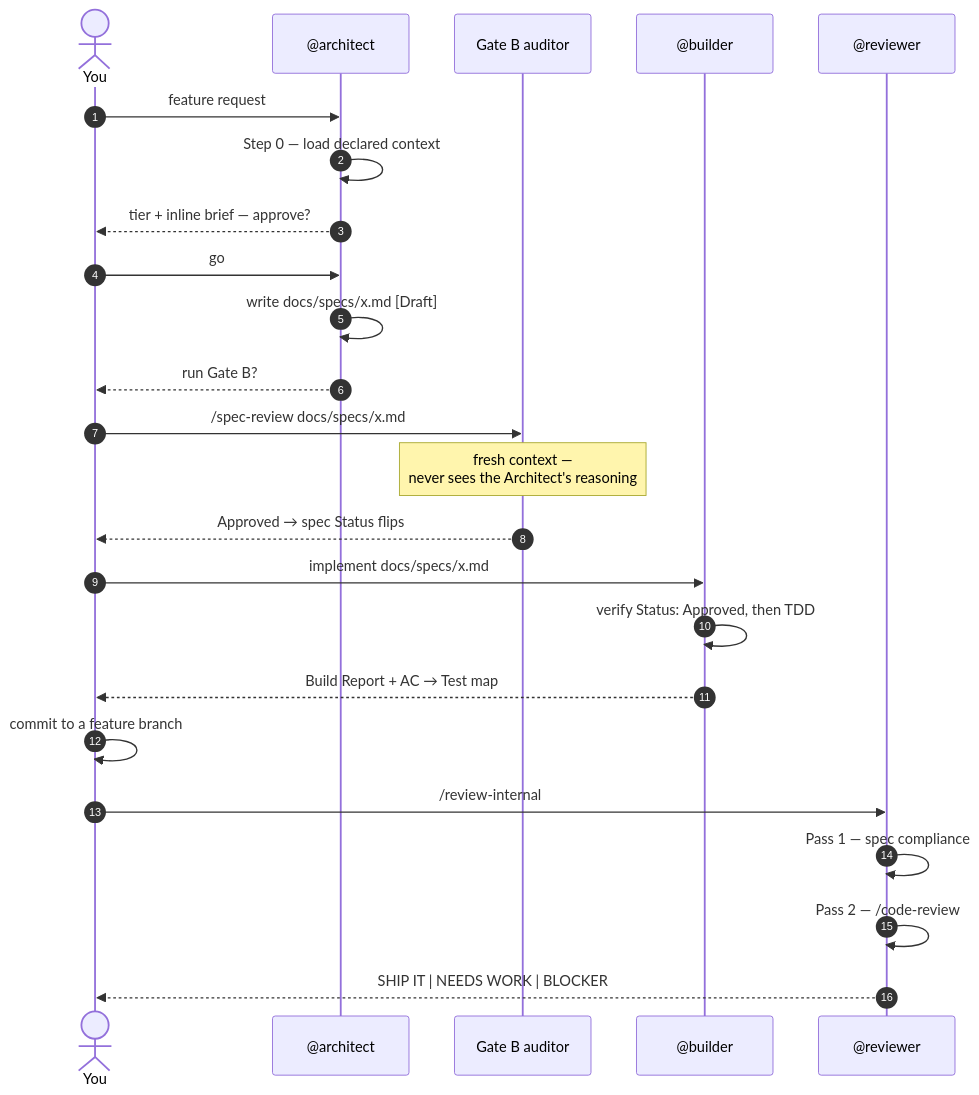
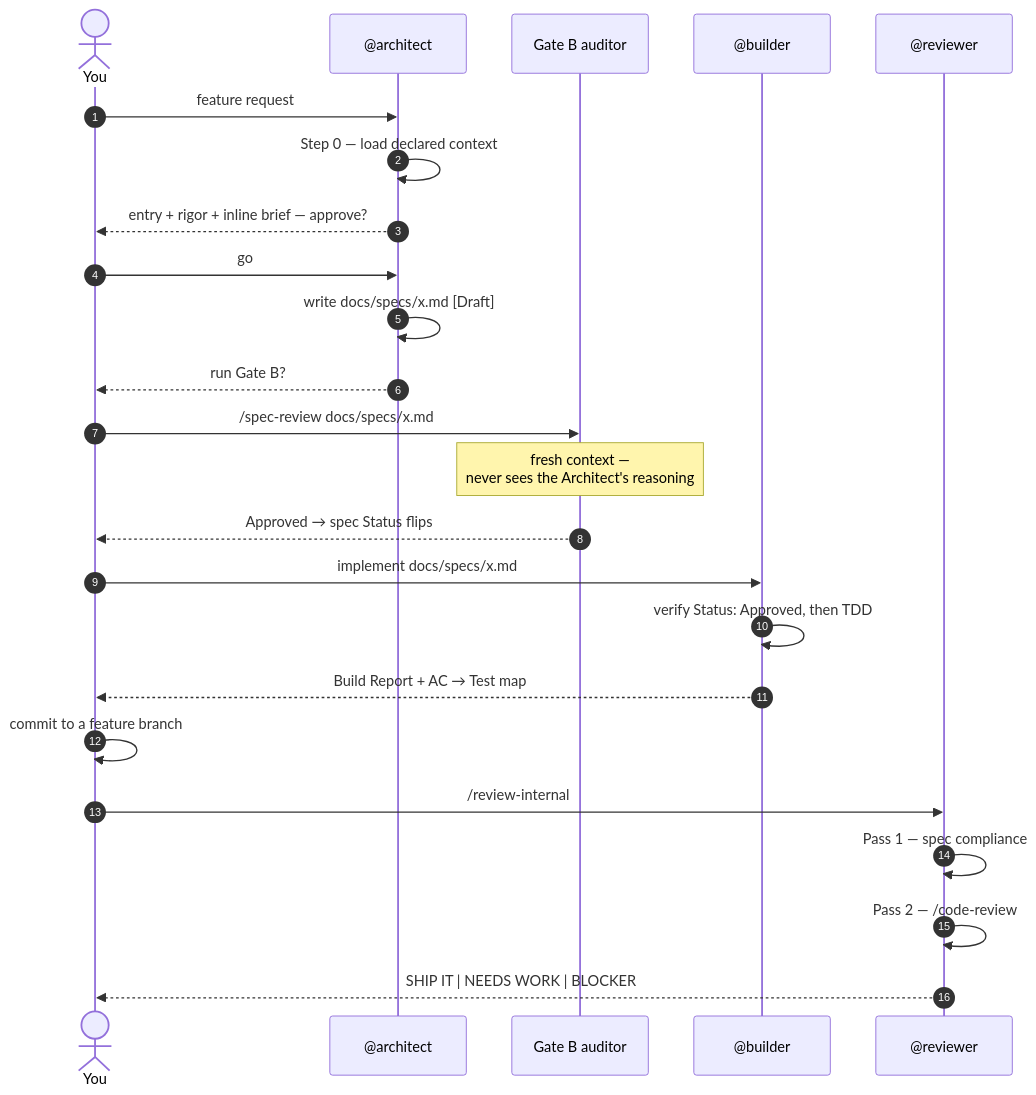
Before and after one commit to AmirAnckonina/aa-agentic-workflow: the second of 4 diagrams in docs/WORKFLOW.md, drawn with Mermaid. The commit also changed other lines of this file and 13 other files, not shown here.

````diff
--- a/docs/WORKFLOW.md
+++ b/docs/WORKFLOW.md
@@ -57,30 +72,30 @@
 ```mermaid
 sequenceDiagram
     autonumber
     actor You
     participant A as @architect
     participant G as Gate B auditor
     participant B as @builder
     participant R as @reviewer
 
     You->>A: feature request
     A->>A: Step 0 — load declared context
-    A-->>You: tier + inline brief — approve?
+    A-->>You: entry + rigor + inline brief — approve?
     You->>A: go
     A->>A: write docs/specs/x.md [Draft]
     A-->>You: run Gate B?
 
     You->>G: /spec-review docs/specs/x.md
     Note over G: fresh context —<br/>never sees the Architect's reasoning
     G-->>You: Approved → spec Status flips
 
     You->>B: implement docs/specs/x.md
     B->>B: verify Status: Approved, then TDD
     B-->>You: Build Report + AC → Test map
 
     You->>You: commit to a feature branch
     You->>R: /review-internal
     R->>R: Pass 1 — spec compliance
     R->>R: Pass 2 — /code-review
     R-->>You: SHIP IT | NEEDS WORK | BLOCKER
 ```
````
